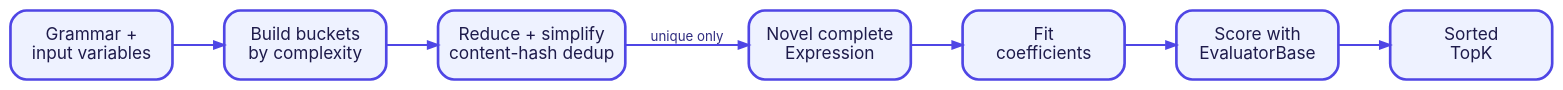
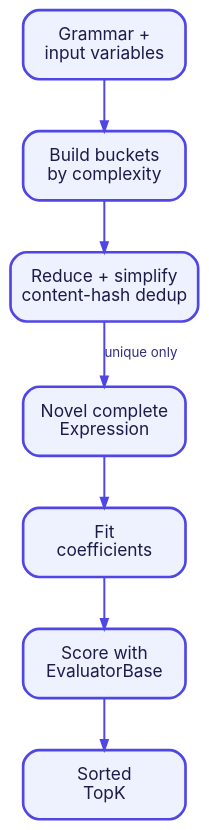
One commit to heal-research/operon changed the diagram in docs/mkdocs/diagrams/grammar-enumeration.dot. Above: the diagram before and after it, drawn with Graphviz. The commit also changed 6 other files, not shown here.

Commit message:
Rebalance flow diagram layouts

```diff
--- a/docs/mkdocs/diagrams/grammar-enumeration.dot
+++ b/docs/mkdocs/diagrams/grammar-enumeration.dot
@@ -1,20 +1,20 @@
 digraph grammar_enumeration {
-  graph [rankdir=LR, bgcolor="transparent", nodesep=0.38, ranksep=0.52, pad=0.12];
+  graph [rankdir=TB, bgcolor="transparent", nodesep=0.38, ranksep=0.52, pad=0.12];
   node [shape=box, style="rounded,filled", fillcolor="#EEF2FF", color="#4F46E5", penwidth=2, fontname="Inter", fontsize=13, fontcolor="#1E1B4B", width=1.7, height=0.72];
   edge [color="#4F46E5", penwidth=1.5, arrowsize=0.75, fontname="Inter", fontsize=10, fontcolor="#312E81"];
 
   grammar [label="Grammar +\ninput variables"];
   build [label="Build buckets\nby complexity"];
   canonical [label="Reduce + simplify\ncontent-hash dedup"];
   novel [label="Novel complete\nExpression"];
   fit [label="Fit\ncoefficients"];
   score [label="Score with\nEvaluatorBase"];
   topk [label="Sorted\nTopK"];
 
   grammar -> build;
   build -> canonical;
   canonical -> novel [label="unique only"];
   novel -> fit;
   fit -> score;
   score -> topk;
 }
```
